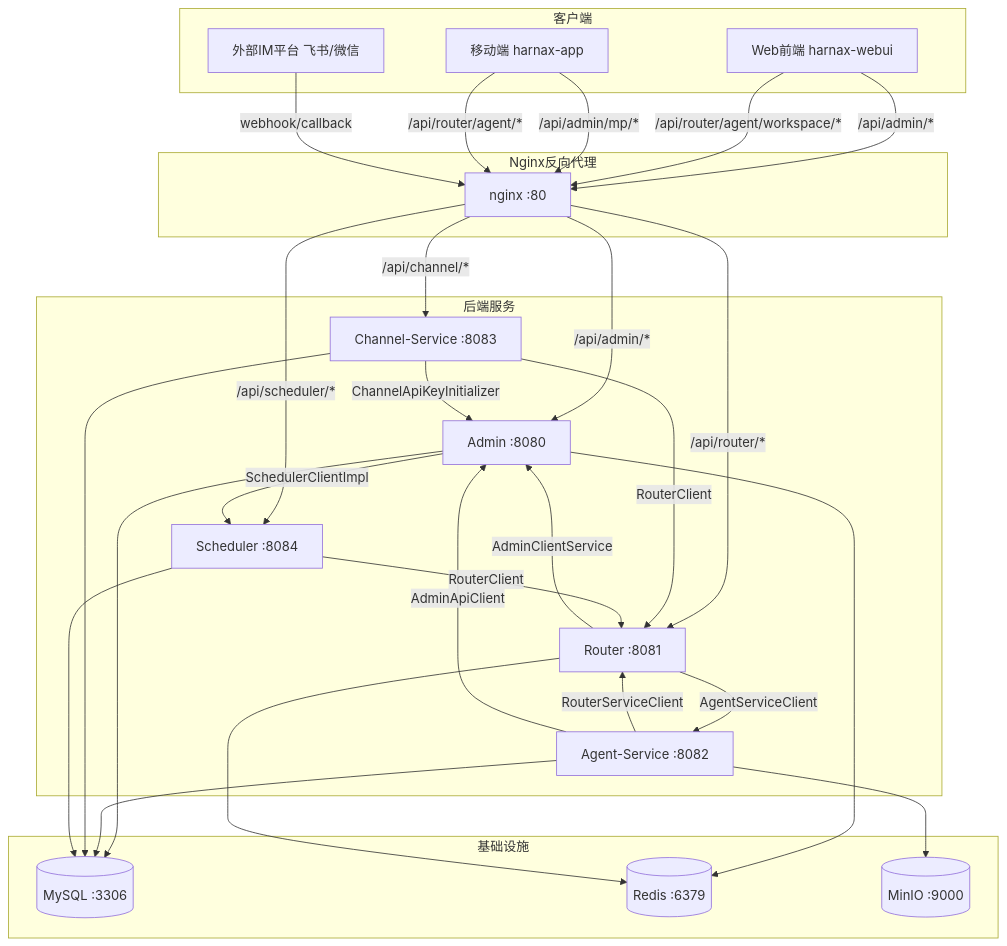
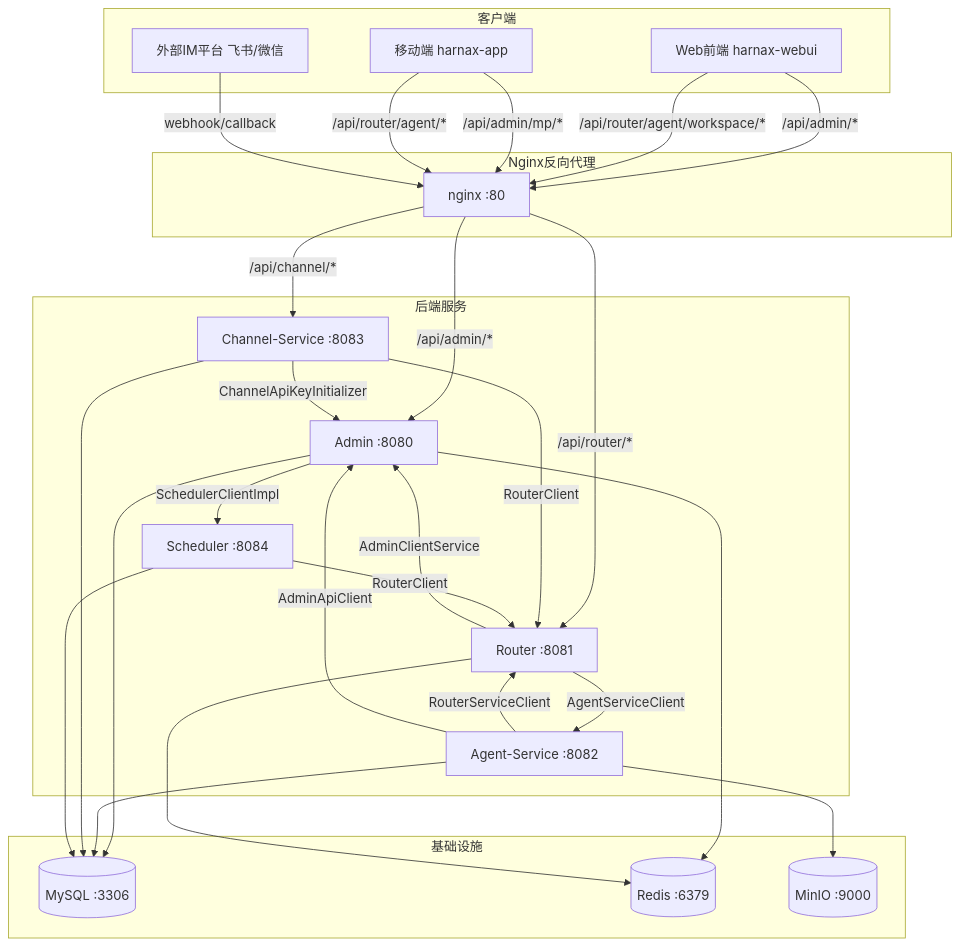
Before and after one commit to Vipamp/harnax: the diagram in docs/http-call-network.md, drawn with Mermaid. The commit also changed other lines of this file and 8 other files, not shown here.

````diff
--- a/docs/http-call-network.md
+++ b/docs/http-call-network.md
@@ -18,58 +18,57 @@
 ```mermaid
 graph TB
     subgraph 客户端
         WebUI[Web前端 harnax-webui]
         App[移动端 harnax-app]
         IM[外部IM平台 飞书/微信]
     end
 
     subgraph Nginx反向代理
         NGINX[nginx :80]
     end
 
     subgraph 后端服务
         Admin[Admin :8080]
         Router[Router :8081]
         Agent[Agent-Service :8082]
         Channel[Channel-Service :8083]
         Scheduler[Scheduler :8084]
     end
 
     subgraph 基础设施
         MySQL[(MySQL :3306)]
         Redis[(Redis :6379)]
         MinIO[(MinIO :9000)]
     end
 
     WebUI -->|/api/admin/*| NGINX
     WebUI -->|/api/router/agent/workspace/*| NGINX
     App -->|/api/admin/mp/*| NGINX
     App -->|/api/router/agent/*| NGINX
     IM -->|webhook/callback| NGINX
 
     NGINX -->|/api/admin/*| Admin
     NGINX -->|/api/router/*| Router
     NGINX -->|/api/channel/*| Channel
-    NGINX -->|/api/scheduler/*| Scheduler
 
     Router -->|AdminClientService| Admin
     Router -->|AgentServiceClient| Agent
 
     Agent -->|RouterServiceClient| Router
     Agent -->|AdminApiClient| Admin
 
     Channel -->|RouterClient| Router
     Channel -->|ChannelApiKeyInitializer| Admin
 
     Admin -->|SchedulerClientImpl| Scheduler
 
     Scheduler -->|RouterClient| Router
 
     Admin --> MySQL
     Admin --> Redis
     Router --> Redis
     Agent --> MySQL
     Channel --> MySQL
     Scheduler --> MySQL
     Agent --> MinIO
 ```
````
